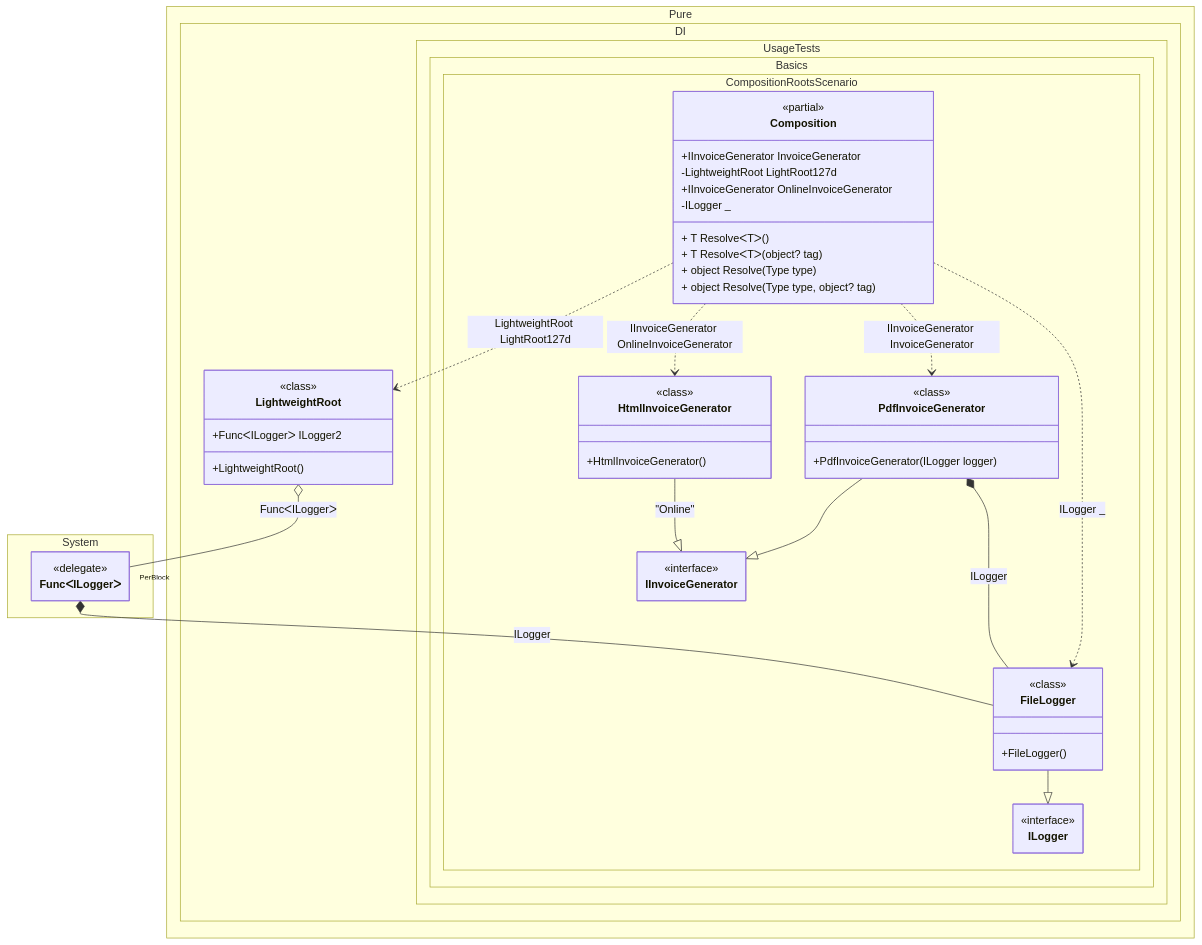
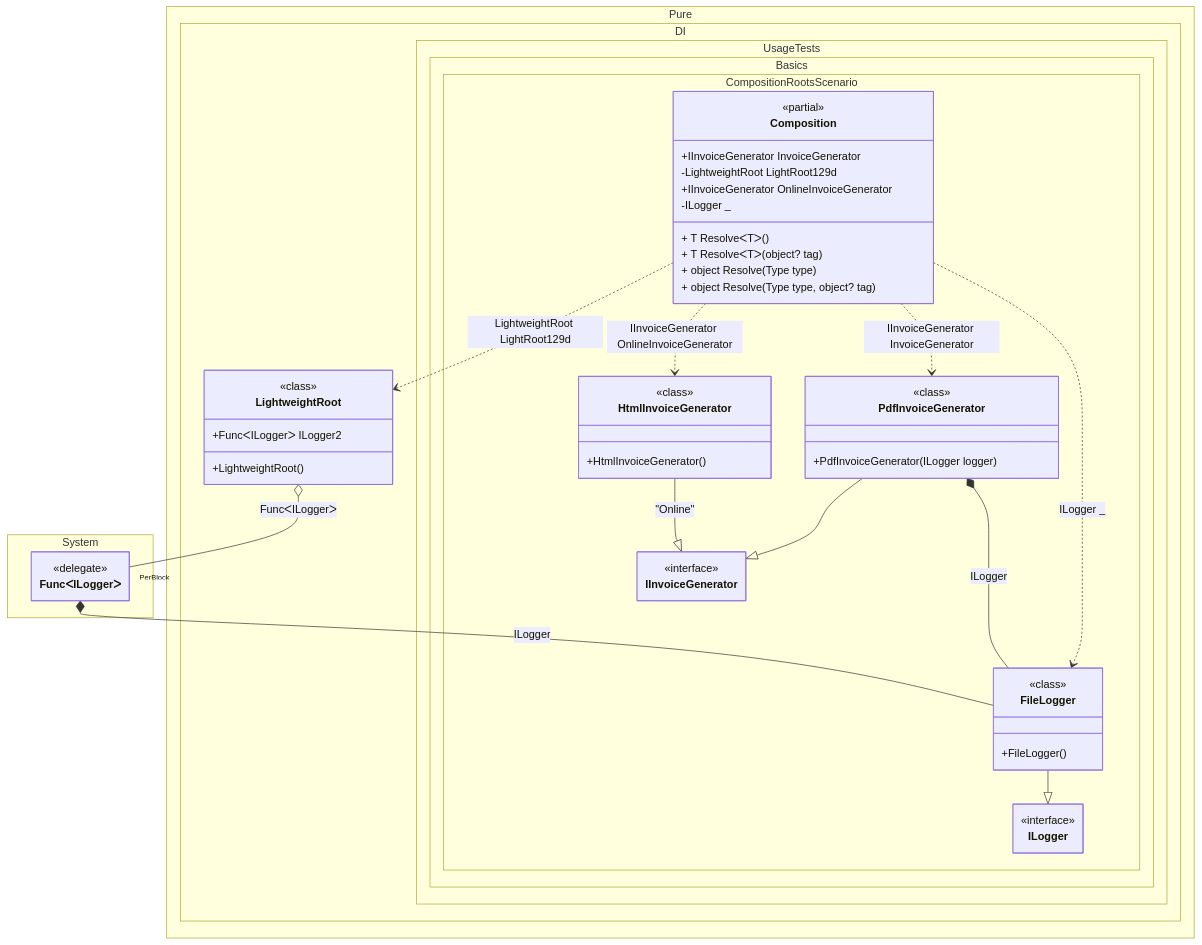
The diagram in readme/composition-roots.md (MaiKuraki/Pure.DI), drawn with Mermaid before and after one commit. The commit also changed 42 other files, not shown here.

````diff
--- a/readme/composition-roots.md
+++ b/readme/composition-roots.md
@@ -324,63 +324,63 @@
 ```mermaid
 ---
  config:
   maxTextSize: 2147483647
   maxEdges: 2147483647
   class:
    hideEmptyMembersBox: true
 ---
 classDiagram
 	PdfInvoiceGenerator --|> IInvoiceGenerator
 	HtmlInvoiceGenerator --|> IInvoiceGenerator : "Online" 
 	FileLogger --|> ILogger
-	Composition ..> LightweightRoot : LightweightRoot LightRoot127d
+	Composition ..> LightweightRoot : LightweightRoot LightRoot129d
 	Composition ..> HtmlInvoiceGenerator : IInvoiceGenerator OnlineInvoiceGenerator
 	Composition ..> FileLogger : ILogger _
 	Composition ..> PdfInvoiceGenerator : IInvoiceGenerator InvoiceGenerator
 	PdfInvoiceGenerator *--  FileLogger : ILogger
 	LightweightRoot o-- "PerBlock" FuncᐸILoggerᐳ : FuncᐸILoggerᐳ
 	FuncᐸILoggerᐳ *--  FileLogger : ILogger
 	namespace Pure.DI {
 		class LightweightRoot {
 				<<class>>
 			+LightweightRoot()
 			+FuncᐸILoggerᐳ ILogger2
 		}
 	}
 	namespace Pure.DI.UsageTests.Basics.CompositionRootsScenario {
 		class Composition {
 		<<partial>>
 		+IInvoiceGenerator InvoiceGenerator
-		-LightweightRoot LightRoot127d
+		-LightweightRoot LightRoot129d
 		+IInvoiceGenerator OnlineInvoiceGenerator
 		-ILogger _
 		+ T ResolveᐸTᐳ()
 		+ T ResolveᐸTᐳ(object? tag)
 		+ object Resolve(Type type)
 		+ object Resolve(Type type, object? tag)
 		}
 		class FileLogger {
 				<<class>>
 			+FileLogger()
 		}
 		class HtmlInvoiceGenerator {
 				<<class>>
 			+HtmlInvoiceGenerator()
 		}
 		class IInvoiceGenerator {
 			<<interface>>
 		}
 		class ILogger {
 			<<interface>>
 		}
 		class PdfInvoiceGenerator {
 				<<class>>
 			+PdfInvoiceGenerator(ILogger logger)
 		}
 	}
 	namespace System {
 		class FuncᐸILoggerᐳ {
 				<<delegate>>
 		}
 	}
 ```
````
